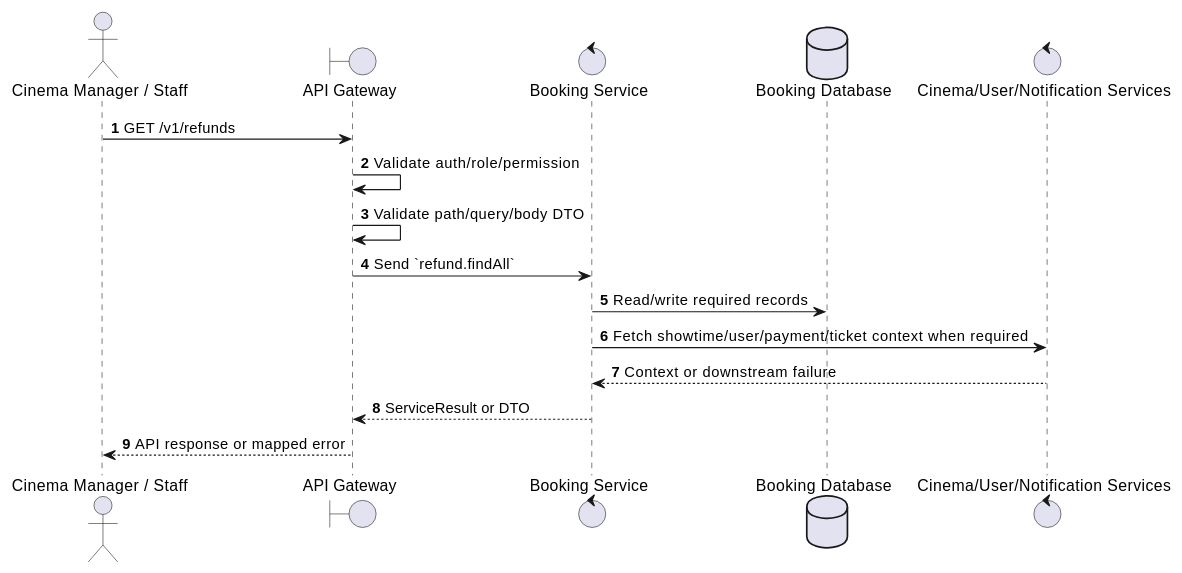
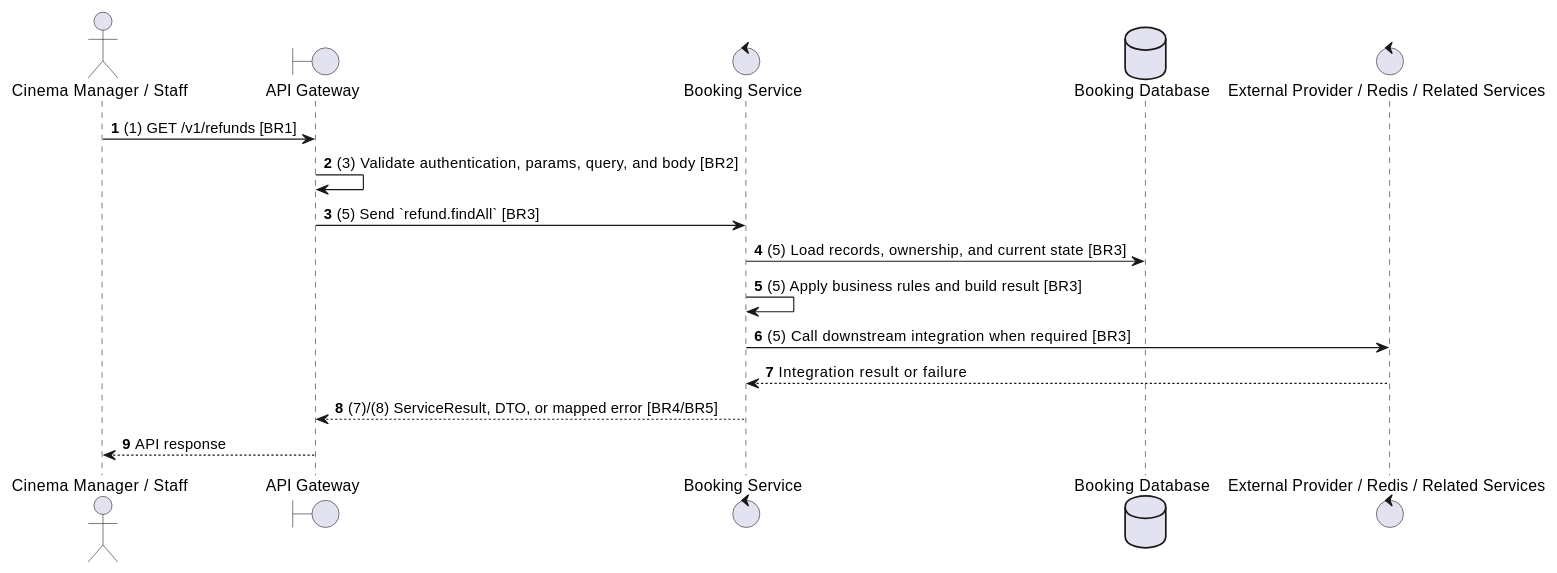
Before and after one commit to Tanh1603/movie-hub-architecture: the second of 2 diagrams in docs/functional_specs/3.8_Refund_Management_Module/RF-02_List_Refunds.md, drawn with PlantUML. The commit also changed other lines of this file and 129 other files, not shown here.

````diff
--- a/docs/functional_specs/3.8_Refund_Management_Module/RF-02_List_Refunds.md
+++ b/docs/functional_specs/3.8_Refund_Management_Module/RF-02_List_Refunds.md
@@ -17,20 +64,20 @@
 ```plantuml
 @startuml
 autonumber
 actor "Cinema Manager / Staff" as Actor
 boundary "API Gateway" as GW
 control "Booking Service" as SVC
 database "Booking Database" as DB
-control "Cinema/User/Notification Services" as EXT
+control "External Provider / Redis / Related Services" as EXT
 
-Actor -> GW: GET /v1/refunds
-GW -> GW: Validate auth/role/permission
-GW -> GW: Validate path/query/body DTO
-GW -> SVC: Send `refund.findAll`
-SVC -> DB: Read/write required records
-SVC -> EXT: Fetch showtime/user/payment/ticket context when required
-EXT --> SVC: Context or downstream failure
-SVC --> GW: ServiceResult or DTO
-GW --> Actor: API response or mapped error
+Actor -> GW: (1) GET /v1/refunds [BR1]
+GW -> GW: (3) Validate authentication, params, query, and body [BR2]
+GW -> SVC: (5) Send `refund.findAll` [BR3]
+SVC -> DB: (5) Load records, ownership, and current state [BR3]
+SVC -> SVC: (5) Apply business rules and build result [BR3]
+SVC -> EXT: (5) Call downstream integration when required [BR3]
+EXT --> SVC: Integration result or failure
+SVC --> GW: (7)/(8) ServiceResult, DTO, or mapped error [BR4/BR5]
+GW --> Actor: API response
 @enduml
 ```
````
